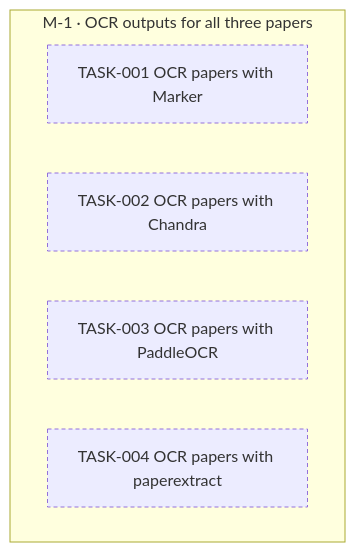
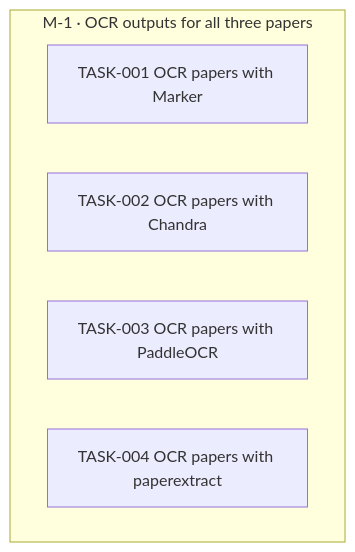
Before and after one commit to jesusvillota/replicate: the diagram in goals/ocr-papers/README.md, drawn with Mermaid. The commit also changed 5 other files, not shown here.

````diff
--- a/goals/ocr-papers/README.md
+++ b/goals/ocr-papers/README.md
@@ -19,16 +19,12 @@
 ```mermaid
 flowchart TD
   subgraph M_1["M-1 · OCR outputs for all three papers"]
     TASK_001["TASK-001 OCR papers with Marker"]
     TASK_002["TASK-002 OCR papers with Chandra"]
     TASK_003["TASK-003 OCR papers with PaddleOCR"]
     TASK_004["TASK-004 OCR papers with paperextract"]
   end
   classDef draft stroke-dasharray: 4 3
   classDef cancelled opacity:0.45
   classDef decision fill:#f3e8ff,stroke:#7c3aed
-  class TASK_001 draft
-  class TASK_002 draft
-  class TASK_003 draft
-  class TASK_004 draft
 ```
````
